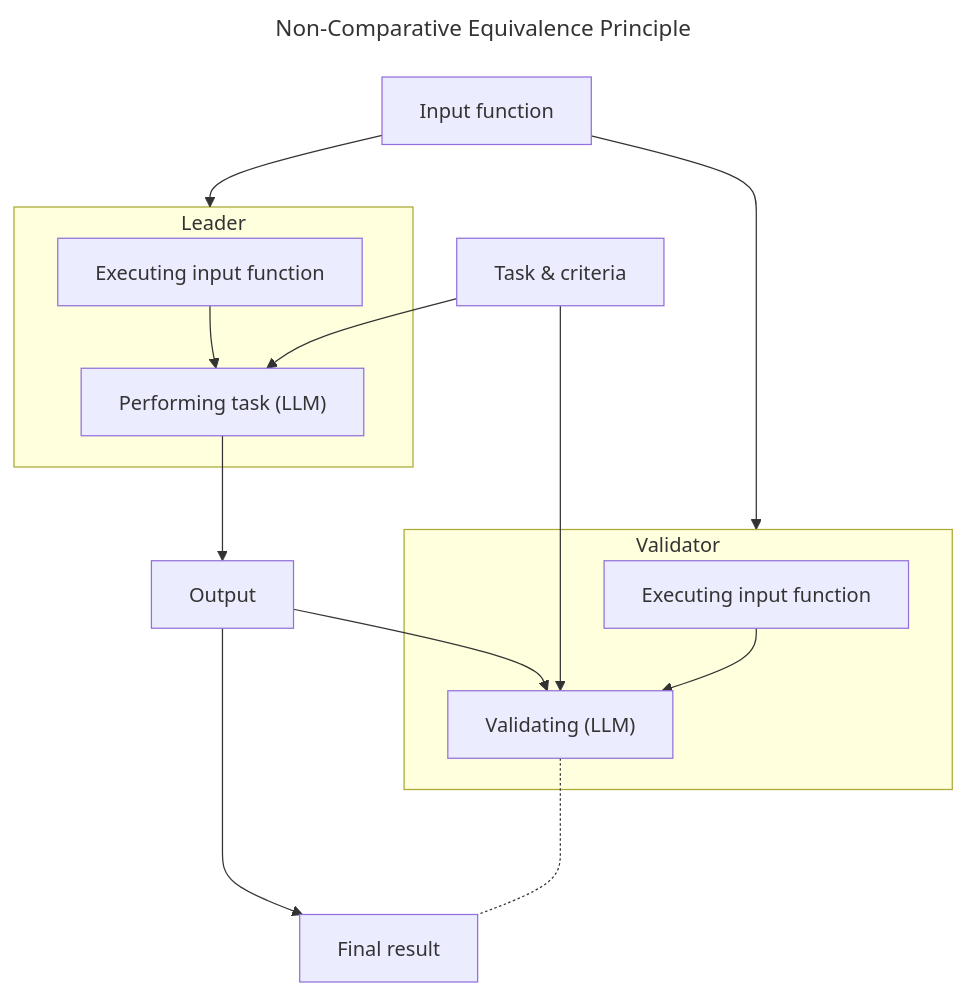
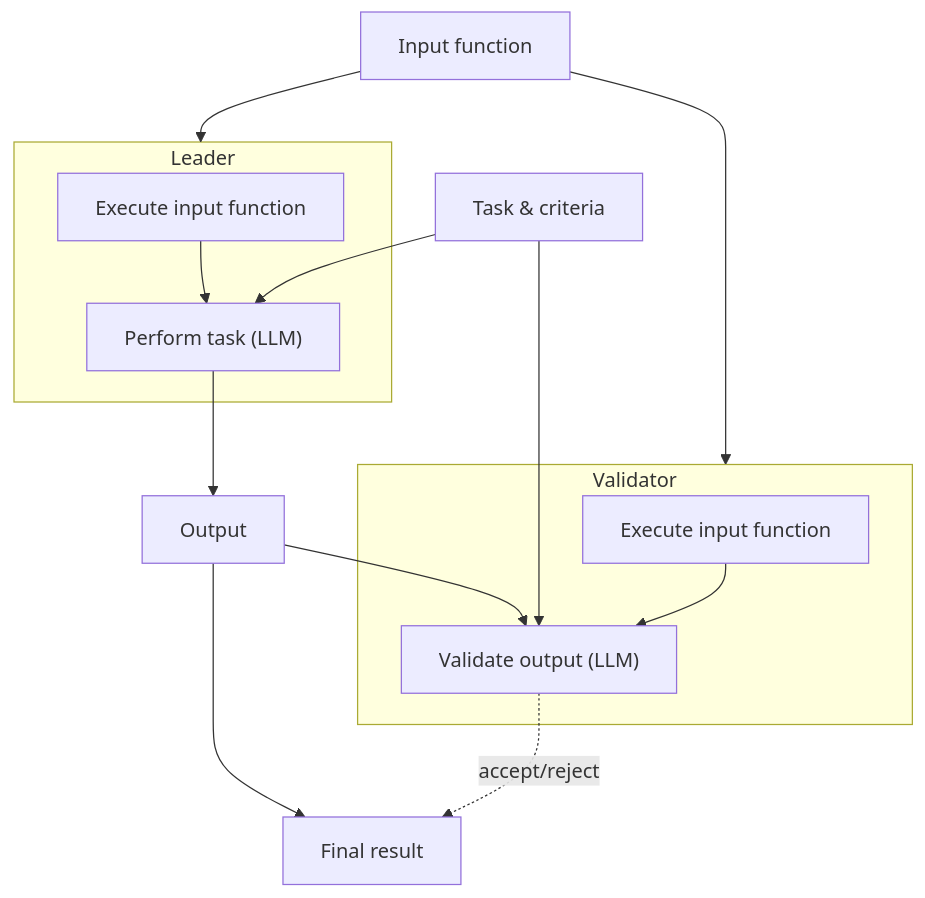
The second of 2 diagrams in pages/developers/intelligent-contracts/equivalence-principle.mdx (genlayerlabs/genlayer-docs), drawn with Mermaid before and after one commit. The commit also changed other lines of this file and 3 other files, not shown here.

First line of the commit message:
docs: restructure equivalence principle page around validation patterns

````diff
--- a/pages/developers/intelligent-contracts/equivalence-principle.mdx
+++ b/pages/developers/intelligent-contracts/equivalence-principle.mdx
@@ -268,37 +253,23 @@
-        ```mermaid
-        ---
-        title: Non-Comparative Equivalence Principle
-        ---
-        graph TD
+```mermaid
+graph TD
+    task[Task & criteria]
+    input[Input function]
 
-            task[Task & criteria]
+    subgraph Leader
+        input_leader[Execute input function] --> leader["Perform task (LLM)"]
+    end
 
-            input[Input function]
+    subgraph Validator
+        input_validator[Execute input function] --> validator["Validate output (LLM)"]
+    end
 
-            subgraph Leader
-                input_leader[Executing input function]
-                leader["Performing task (LLM)"]
-                input_leader --> leader
-            end
+    task --> leader
+    task --> validator
+    input --> Leader
+    input --> Validator
 
-            task --> leader
-
-            leader --> Output
-
-
-            subgraph Validator
-                input_validator[Executing input function]
-                validator["Validating (LLM)"]
-                input_validator --> validator
-            end
-
-            task --> validator
-            Output --> validator
-
-            input --> Leader
-            input --> Validator
-
-            final_result[Final result]
-            Output --> final_result
-            validator -..- final_result
-        ```
+    leader --> Output
+    Output --> validator
+    Output --> final_result[Final result]
+    validator -.->|accept/reject| final_result
+```
````
